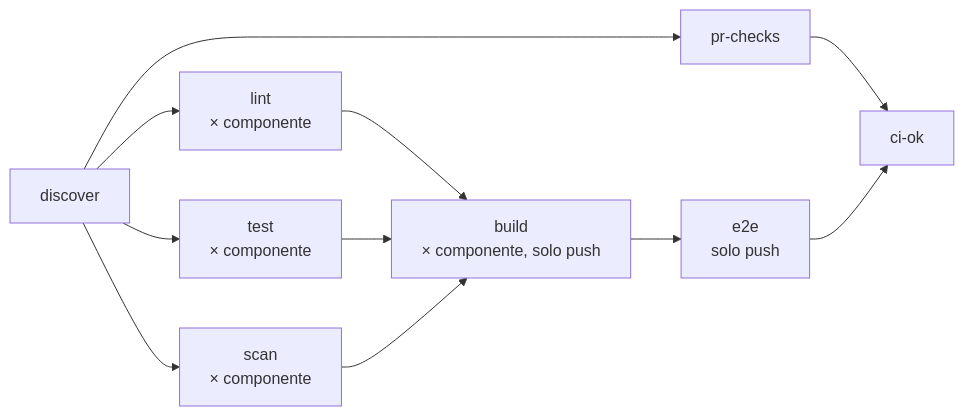
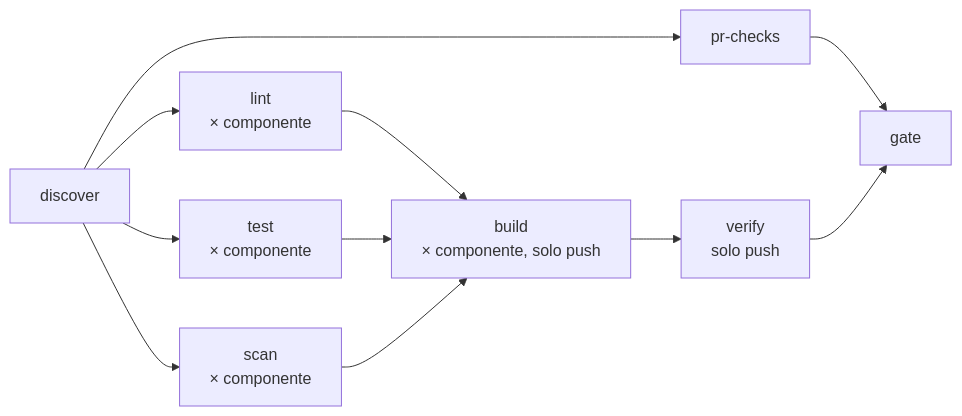
The diagram in docs/ci.md (H-EALTH/shared-workflows), drawn with Mermaid before and after one commit. The commit also changed other lines of this file and 54 other files, not shown here.

````diff
--- a/docs/ci.md
+++ b/docs/ci.md
@@ -7,13 +7,13 @@
 ```mermaid
 flowchart LR
     D[discover] --> P[pr-checks]
     D --> L["lint<br>× componente"]
     D --> T["test<br>× componente"]
     D --> S["scan<br>× componente"]
     L --> B["build<br>× componente, solo push"]
     T --> B
     S --> B
-    B --> E["e2e<br>solo push"]
-    P --> OK[ci-ok]
+    B --> E["verify<br>solo push"]
+    P --> OK[gate]
     E --> OK
 ```
````
